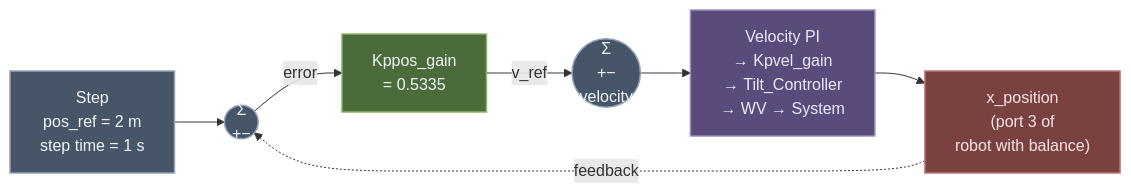
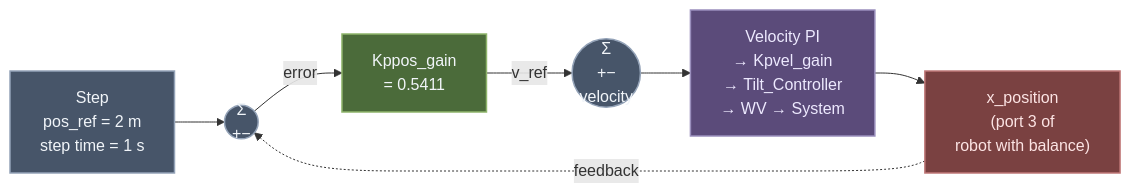
Before and after one commit to MadsRudolph/DTU: the eighth of 8 diagrams in Obsidian/Courses/34722 Linear Control Design 1/Exercises/Work/regbot/REGBOT Balance Assignment.md, drawn with Mermaid. The commit also changed other lines of this file, not shown here.

````diff
--- a/Obsidian/Courses/34722 Linear Control Design 1/Exercises/Work/regbot/REGBOT Balance Assignment.md
+++ b/Obsidian/Courses/34722 Linear Control Design 1/Exercises/Work/regbot/REGBOT Balance Assignment.md
@@ -1060,21 +1069,21 @@
 ```mermaid
 flowchart LR
     classDef ref   fill:#475569,stroke:#94a3b8,color:#f1f5f9,stroke-width:1.5px
     classDef ctrl  fill:#4b6b3a,stroke:#8fb56b,color:#f1f5f9,stroke-width:1.5px
     classDef plant fill:#5b4b7a,stroke:#9a8fbd,color:#ede9fe,stroke-width:1.5px
     classDef fb    fill:#7a4141,stroke:#c07878,color:#fce4e4,stroke-width:1.5px
 
     Step["Step<br/>pos_ref = 2 m<br/>step time = 1 s"]:::ref
     Sum1(("Σ<br/>+−")):::ref
-    Kp["Kppos_gain<br/>= 0.5335"]:::ctrl
+    Kp["Kppos_gain<br/>= 0.5411"]:::ctrl
     Sum2(("Σ<br/>+−<br/>velocity")):::ref
     Rest["Velocity PI<br/>→ Kpvel_gain<br/>→ Tilt_Controller<br/>→ WV → System"]:::plant
     XPos["x_position<br/>(port 3 of<br/>robot with balance)"]:::fb
 
     Step --> Sum1
     Sum1 -->|error| Kp
     Kp -->|v_ref| Sum2
     Sum2 --> Rest
     Rest --> XPos
     XPos -.->|feedback| Sum1
 ```
````
